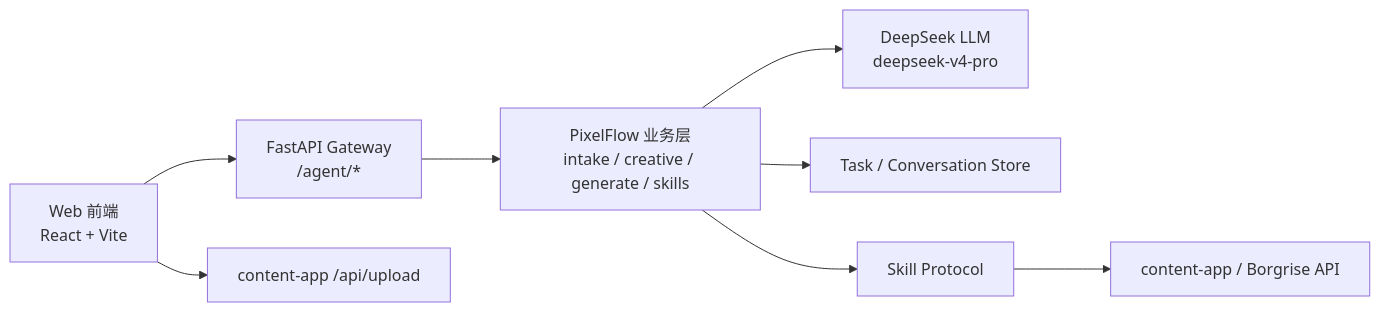
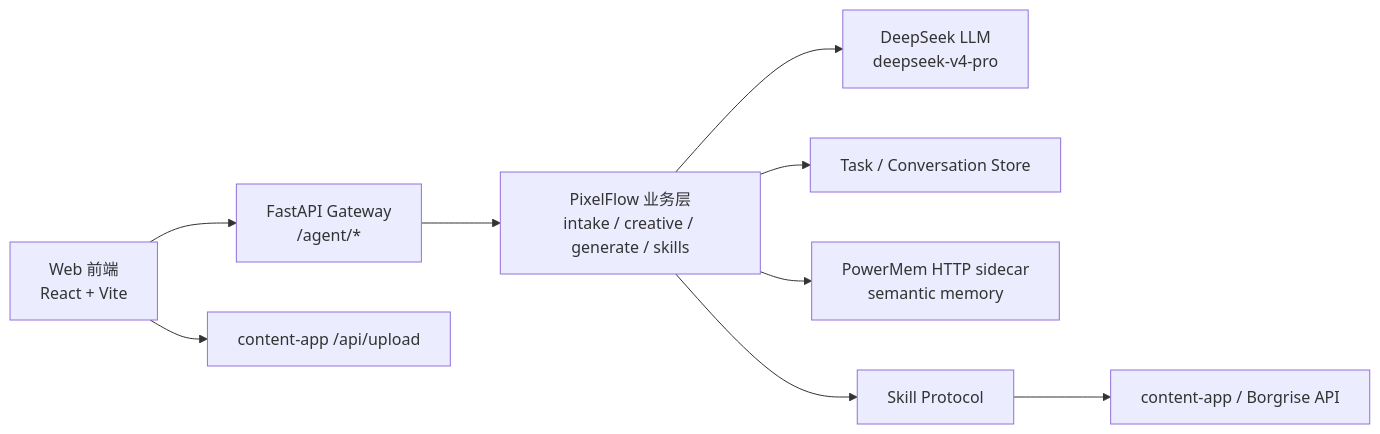
One commit to joyslxd/pixelflow changed the first of 2 diagrams in README.md. Above: the diagram before and after it, drawn with Mermaid. The commit also changed other lines of this file and 41 other files, not shown here.

````diff
--- a/README.md
+++ b/README.md
@@ -32,10 +33,11 @@
 ```mermaid
 flowchart LR
   FE["Web 前端<br/>React + Vite"] --> GW["FastAPI Gateway<br/>/agent/*"]
   GW --> PF["PixelFlow 业务层<br/>intake / creative / generate / skills"]
   PF --> LLM["DeepSeek LLM<br/>deepseek-v4-pro"]
   PF --> Store["Task / Conversation Store"]
+  PF --> PM["PowerMem HTTP sidecar<br/>semantic memory"]
   PF --> Skill["Skill Protocol"]
   Skill --> Borgrise["content-app / Borgrise API"]
   FE --> Upload["content-app /api/upload"]
 ```
````
